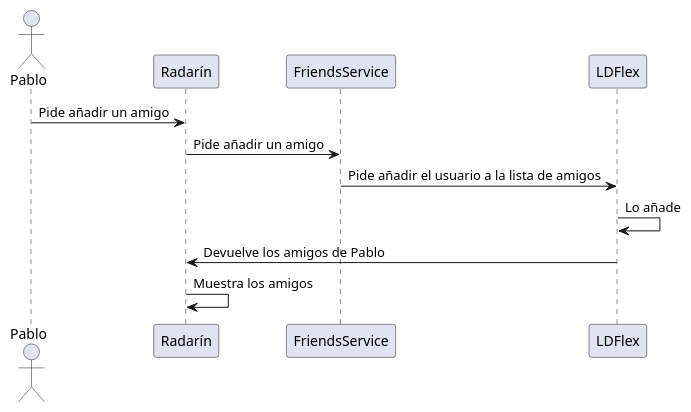
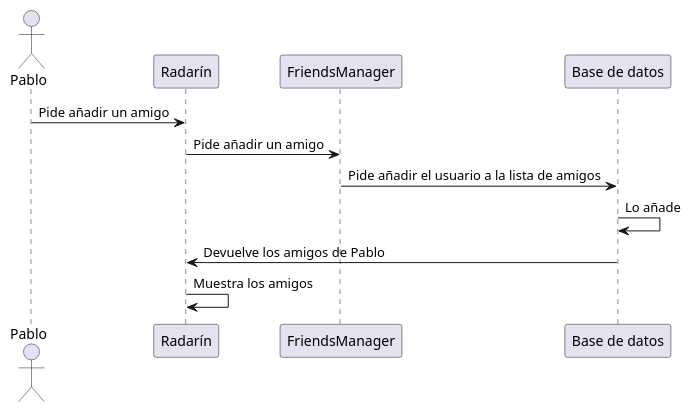
Before and after one commit to Arquisoft/radarin_es4a: the third of 6 diagrams in webapp/docs/06_runtime_view.adoc, drawn with PlantUML. The commit also changed other lines of this file and 204 other files, not shown here.

```diff
--- a/webapp/docs/06_runtime_view.adoc
+++ b/webapp/docs/06_runtime_view.adoc
@@ -76,13 +76,13 @@
 [plantuml,"anadir_amigos",png]
 ----
 actor Pablo
 participant  "Radarín"
-participant "FriendsService"
-participant "LDFlex"
+participant "FriendsManager"
+participant "Base de datos"
 Pablo -> "Radarín": Pide añadir un amigo
-"Radarín" -> "FriendsService": Pide añadir un amigo
-"FriendsService" -> "LDFlex": Pide añadir el usuario a la lista de amigos
-"LDFlex" -> "LDFlex": Lo añade
-"LDFlex" -> "Radarín" : Devuelve los amigos de Pablo
+"Radarín" -> "FriendsManager": Pide añadir un amigo
+"FriendsManager" -> "Base de datos": Pide añadir el usuario a la lista de amigos
+"Base de datos" -> "Base de datos": Lo añade
+"Base de datos" -> "Radarín" : Devuelve los amigos de Pablo
 "Radarín" -> "Radarín": Muestra los amigos
 ----
```
